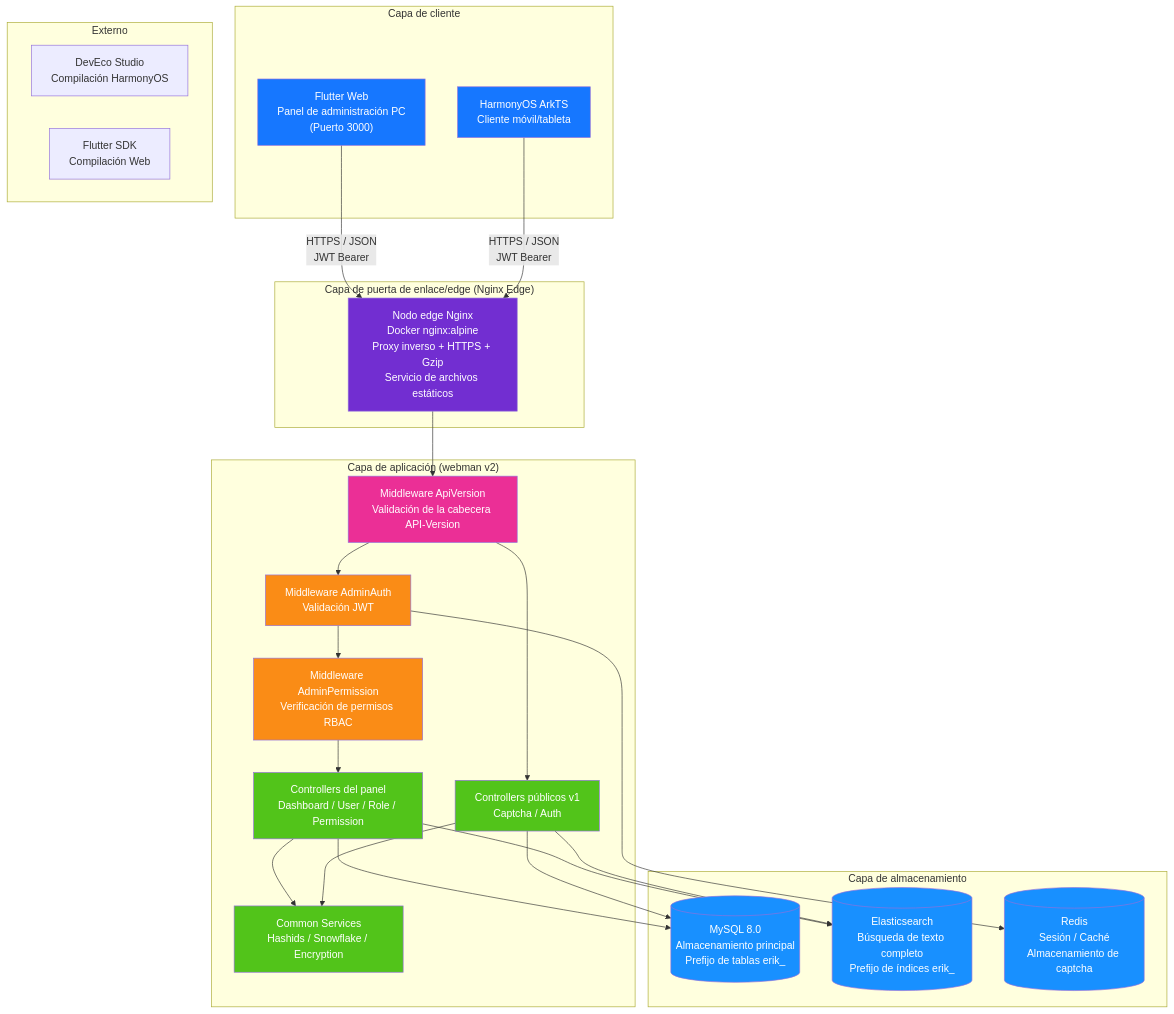
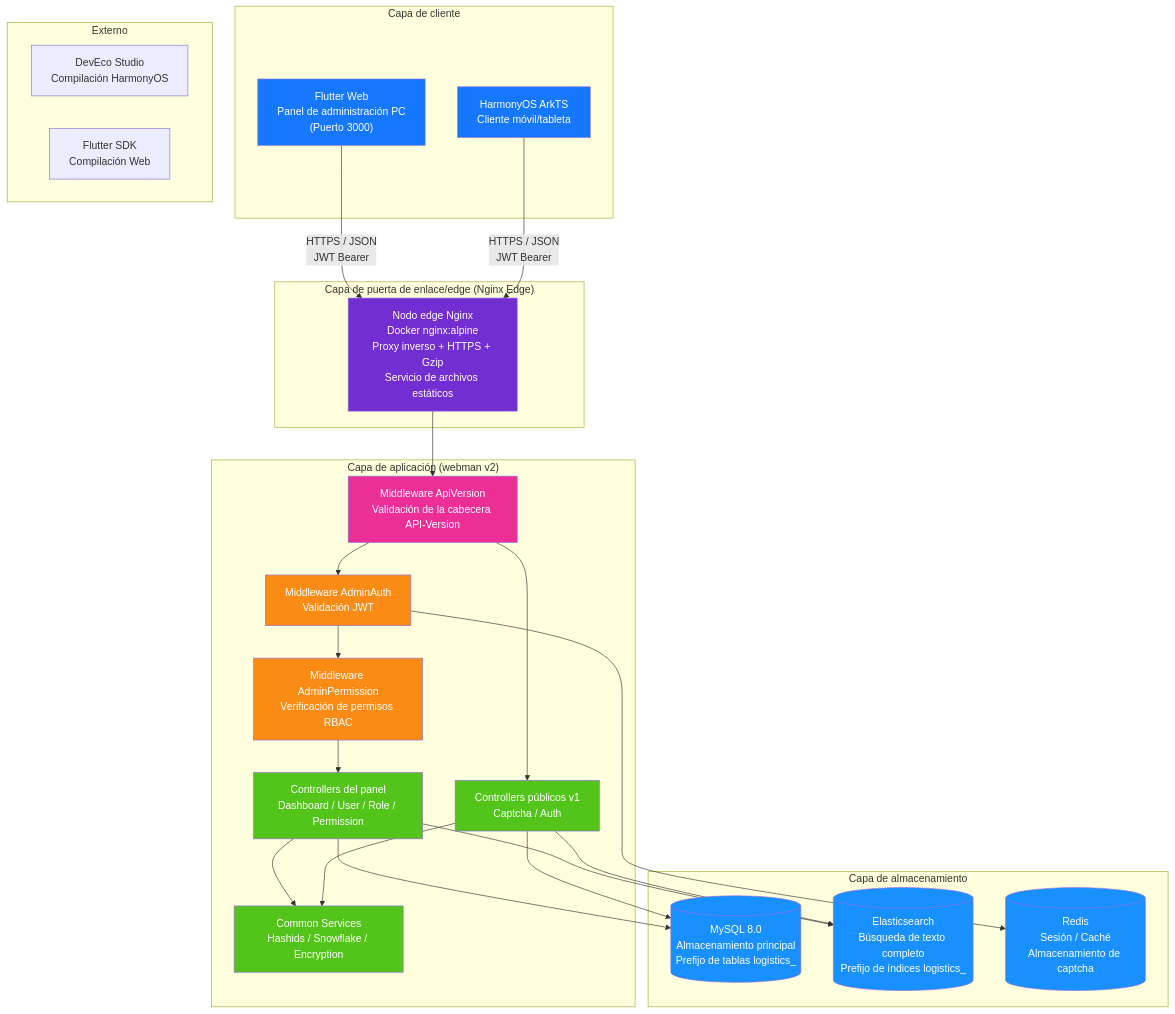
Before and after one commit to erikwang2013/integrated-global-logistics: the first of 14 diagrams in admin/docs/ARCHITECTURE.es.md, drawn with Mermaid. The commit also changed other lines of this file and 211 other files, not shown here.

````diff
--- a/admin/docs/ARCHITECTURE.es.md
+++ b/admin/docs/ARCHITECTURE.es.md
@@ -13,59 +13,59 @@
 ```mermaid
 flowchart TB
     subgraph "Capa de cliente"
         A1["Flutter Web<br/>Panel de administración PC<br/>(Puerto 3000)"]
         A2["HarmonyOS ArkTS<br/>Cliente móvil/tableta"]
     end
 
     subgraph "Capa de puerta de enlace/edge (Nginx Edge)"
         B1["Nodo edge Nginx<br/>Docker nginx:alpine<br/>Proxy inverso + HTTPS + Gzip<br/>Servicio de archivos estáticos"]
     end
 
     subgraph "Capa de aplicación (webman v2)"
         C0["Middleware ApiVersion<br/>Validación de la cabecera API-Version"]
         C1["Middleware AdminAuth<br/>Validación JWT"]
         C2["Middleware AdminPermission<br/>Verificación de permisos RBAC"]
         C3["Controllers del panel<br/>Dashboard / User / Role / Permission"]
         C4["Controllers públicos v1<br/>Captcha / Auth"]
         C5["Common Services<br/>Hashids / Snowflake / Encryption"]
     end
 
     subgraph "Capa de almacenamiento"
-        D1[("MySQL 8.0<br/>Almacenamiento principal<br/>Prefijo de tablas erik_")]
-        D2[("Elasticsearch<br/>Búsqueda de texto completo<br/>Prefijo de índices erik_")]
+        D1[("MySQL 8.0<br/>Almacenamiento principal<br/>Prefijo de tablas logistics_")]
+        D2[("Elasticsearch<br/>Búsqueda de texto completo<br/>Prefijo de índices logistics_")]
         D3[("Redis<br/>Sesión / Caché<br/>Almacenamiento de captcha")]
     end
 
     subgraph "Externo"
         E1["DevEco Studio<br/>Compilación HarmonyOS"]
         E2["Flutter SDK<br/>Compilación Web"]
     end
 
     A1 -->|"HTTPS / JSON<br/>JWT Bearer"| B1
     A2 -->|"HTTPS / JSON<br/>JWT Bearer"| B1
     B1 --> C0
     C0 --> C1
     C1 --> C2
     C2 --> C3
     C0 --> C4
     C3 --> C5
     C4 --> C5
     C3 --> D1
     C4 --> D1
     C3 --> D2
     C4 --> D2
     C1 --> D3
 
     style A1 fill:#1677FF,color:#fff
     style A2 fill:#1677FF,color:#fff
     style B1 fill:#722ED1,color:#fff
     style C0 fill:#EB2F96,color:#fff
     style C1 fill:#FA8C16,color:#fff
     style C2 fill:#FA8C16,color:#fff
     style C3 fill:#52C41A,color:#fff
     style C4 fill:#52C41A,color:#fff
     style C5 fill:#52C41A,color:#fff
     style D1 fill:#1890FF,color:#fff
     style D2 fill:#1890FF,color:#fff
     style D3 fill:#1890FF,color:#fff
 ```
````
